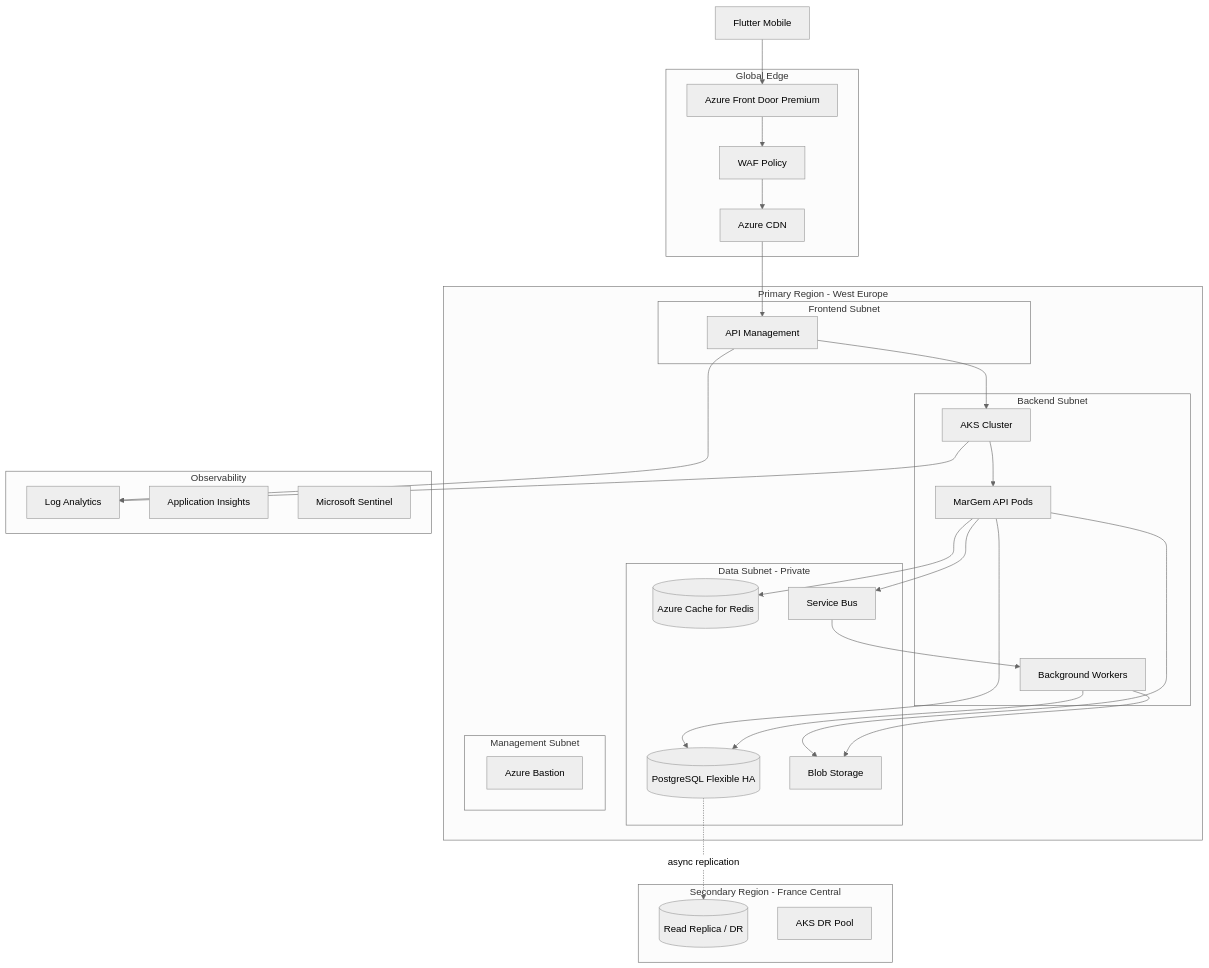
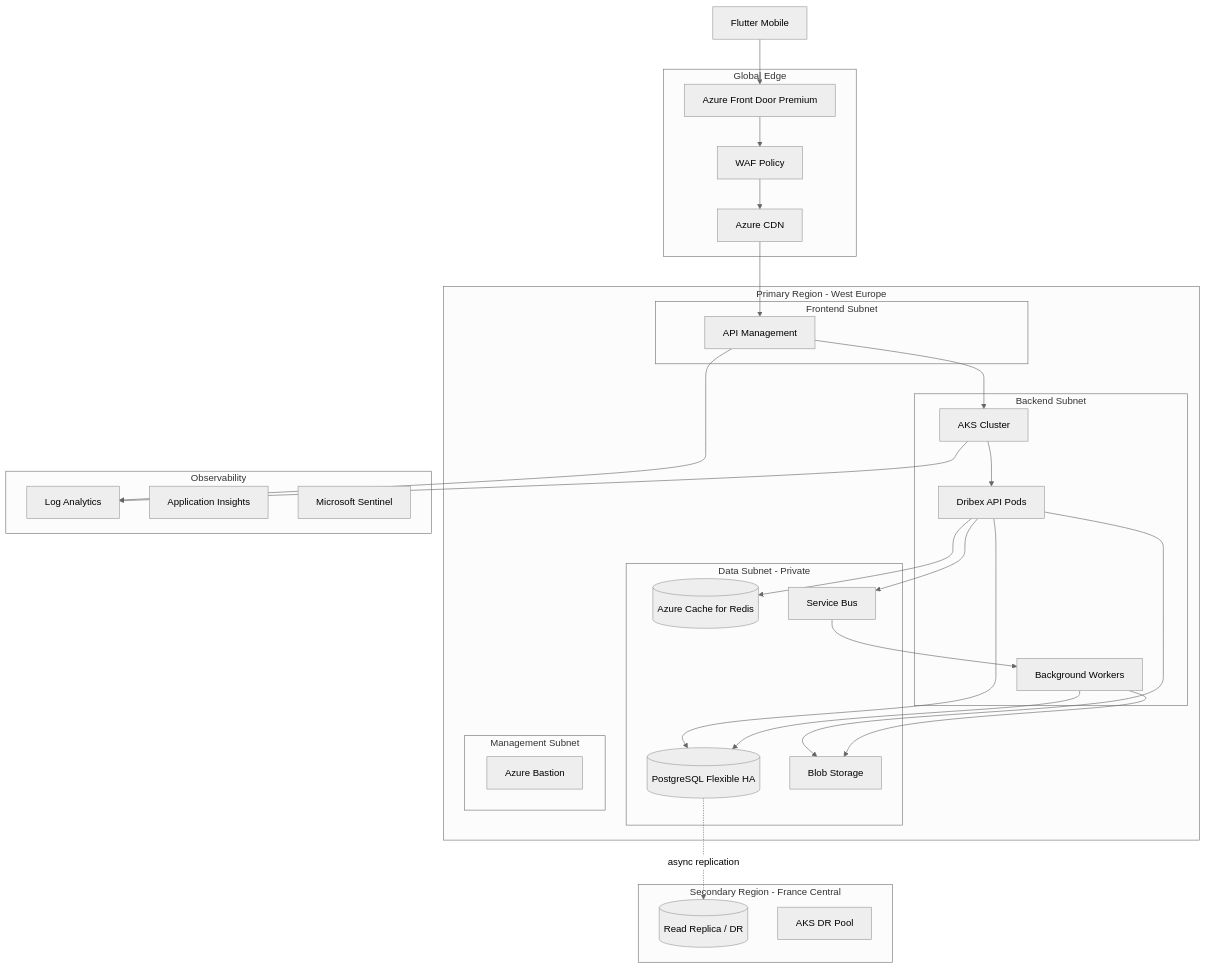
The diagram in souq-local/infra/blueprint/docs/01-architecture-overview.md (slayqueearikma-beep/margem), drawn with Mermaid (neutral theme) before and after one commit. The commit also changed other lines of this file and 145 other files, not shown here.

First line of the commit message:
Rebrand all user-facing text from MarGem to Dribex

````diff
--- a/souq-local/infra/blueprint/docs/01-architecture-overview.md
+++ b/souq-local/infra/blueprint/docs/01-architecture-overview.md
@@ -9,58 +9,58 @@
 ```mermaid
 flowchart TB
     subgraph edge [Global Edge]
         AFD[Azure Front Door Premium]
         WAF[WAF Policy]
         CDN[Azure CDN]
     end
 
     subgraph primary [Primary Region - West Europe]
         subgraph dmz [Frontend Subnet]
             APIM[API Management]
         end
 
         subgraph compute [Backend Subnet]
             AKS[AKS Cluster]
-            API[MarGem API Pods]
+            API[Dribex API Pods]
             WORK[Background Workers]
         end
 
         subgraph data [Data Subnet - Private]
             PG[(PostgreSQL Flexible HA)]
             REDIS[(Azure Cache for Redis)]
             BLOB[Blob Storage]
             SB[Service Bus]
         end
 
         subgraph mgmt [Management Subnet]
             BASTION[Azure Bastion]
         end
     end
 
     subgraph secondary [Secondary Region - France Central]
         PG_R[(Read Replica / DR)]
         AKS_DR[AKS DR Pool]
     end
 
     subgraph observability [Observability]
         LA[Log Analytics]
         AI[Application Insights]
         SENT[Microsoft Sentinel]
     end
 
     Mobile[Flutter Mobile] --> AFD
     AFD --> WAF --> CDN
     CDN --> APIM
     APIM --> AKS
     AKS --> API
     API --> PG
     API --> REDIS
     API --> BLOB
     API --> SB
     SB --> WORK
     WORK --> BLOB
     WORK --> PG
     AKS --> LA
     APIM --> LA
     PG -.->|async replication| PG_R
 ```
````
